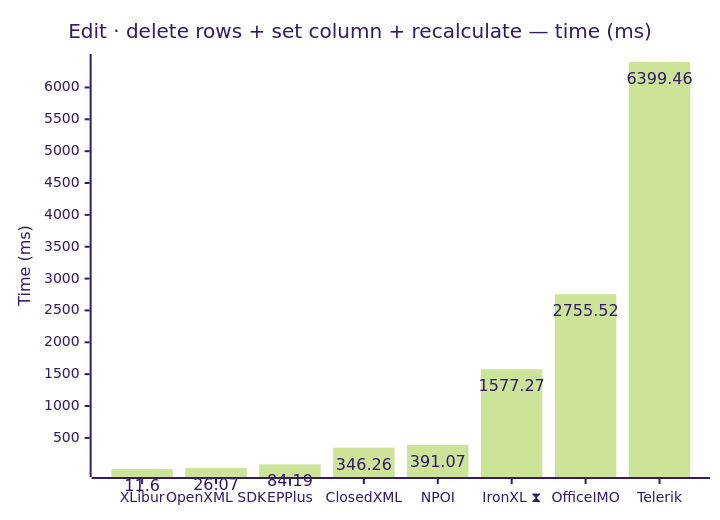
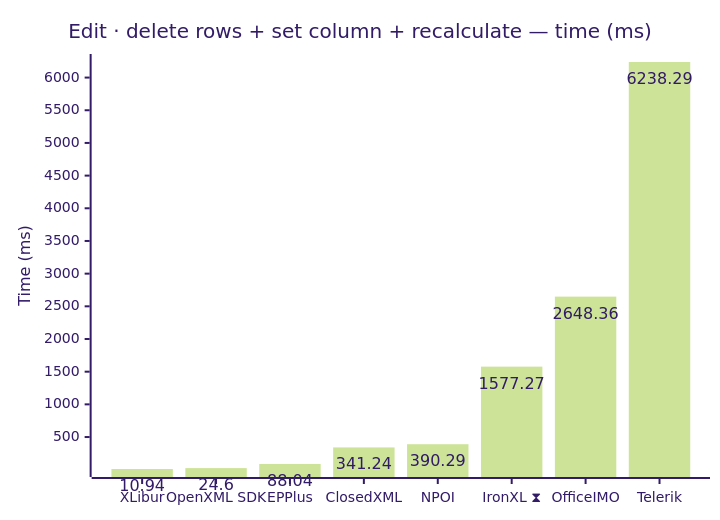
The ninth of 12 diagrams in docs/results.md (jafin/XLBench), drawn with Mermaid (forest theme) before and after one commit. The commit also changed other lines of this file and 1 other file, not shown here.

````diff
--- a/docs/results.md
+++ b/docs/results.md
@@ -146,12 +146,12 @@
 ```mermaid
 ---
 config:
   xyChart:
     showDataLabel: true
 ---
 xychart-beta
     title "Edit · delete rows + set column + recalculate — time (ms)"
     x-axis ["XLibur", "OpenXML SDK", "EPPlus", "ClosedXML", "NPOI", "IronXL ⧗", "OfficeIMO", "Telerik"]
     y-axis "Time (ms)"
-    bar [11.6, 26.07, 84.19, 346.26, 391.07, 1577.27, 2755.52, 6399.46]
+    bar [10.94, 24.6, 88.04, 341.24, 390.29, 1577.27, 2648.36, 6238.29]
 ```
````
